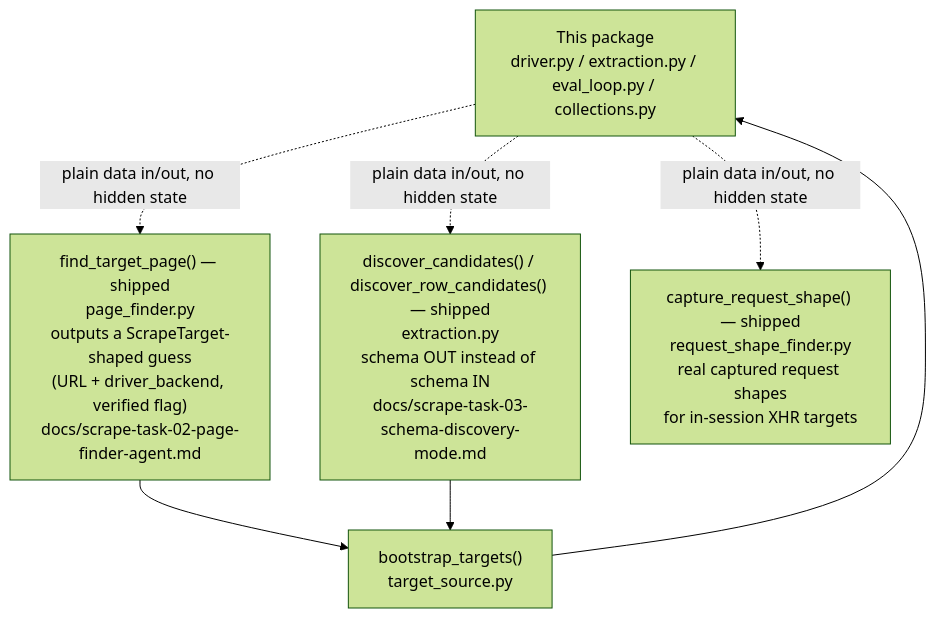
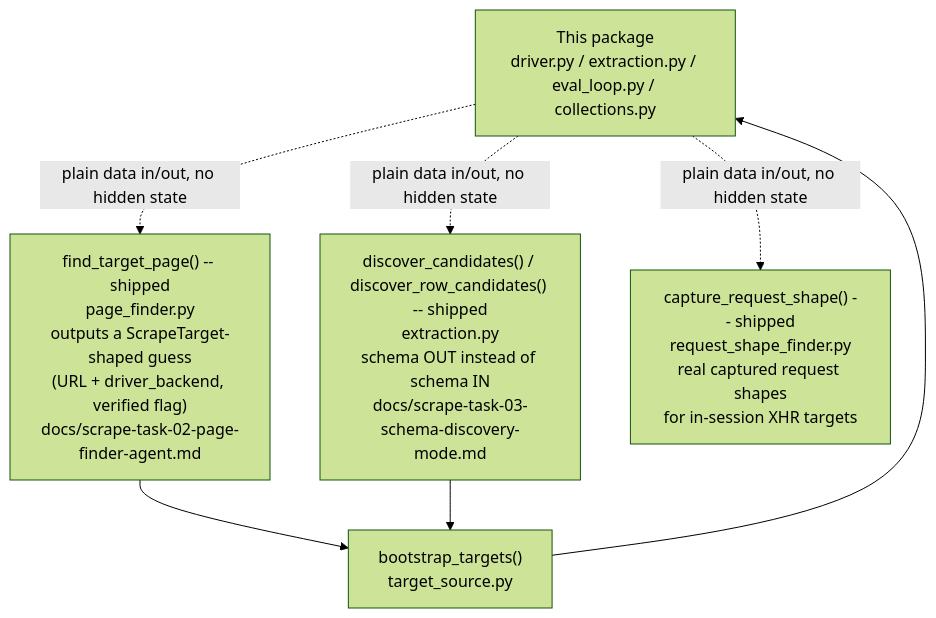
Before and after one commit to pacepace/3tears: the third of 3 diagrams in packages/scrape/README.md, drawn with Mermaid (forest theme). The commit also changed other lines of this file and 11 other files, not shown here.

````diff
--- a/packages/scrape/README.md
+++ b/packages/scrape/README.md
@@ -148,13 +148,13 @@
 ```mermaid
 flowchart TD
     Core["This package<br/>driver.py / extraction.py / eval_loop.py / collections.py"]
-    T02["find_target_page() — shipped<br/>page_finder.py<br/>outputs a ScrapeTarget-shaped guess<br/>(URL + driver_backend, verified flag)<br/>docs/scrape-task-02-page-finder-agent.md"]
-    T03["discover_candidates() / discover_row_candidates() — shipped<br/>extraction.py<br/>schema OUT instead of schema IN<br/>docs/scrape-task-03-schema-discovery-mode.md"]
-    T04["capture_request_shape() — shipped<br/>request_shape_finder.py<br/>real captured request shapes<br/>for in-session XHR targets"]
+    T02["find_target_page() -- shipped<br/>page_finder.py<br/>outputs a ScrapeTarget-shaped guess<br/>(URL + driver_backend, verified flag)<br/>docs/scrape-task-02-page-finder-agent.md"]
+    T03["discover_candidates() / discover_row_candidates() -- shipped<br/>extraction.py<br/>schema OUT instead of schema IN<br/>docs/scrape-task-03-schema-discovery-mode.md"]
+    T04["capture_request_shape() -- shipped<br/>request_shape_finder.py<br/>real captured request shapes<br/>for in-session XHR targets"]
     Core -.plain data in/out, no hidden state.-> T02
     Core -.plain data in/out, no hidden state.-> T03
     Core -.plain data in/out, no hidden state.-> T04
     T02 --> BT["bootstrap_targets()<br/>target_source.py"]
     T03 --> BT
     BT --> Core
 ```
````
